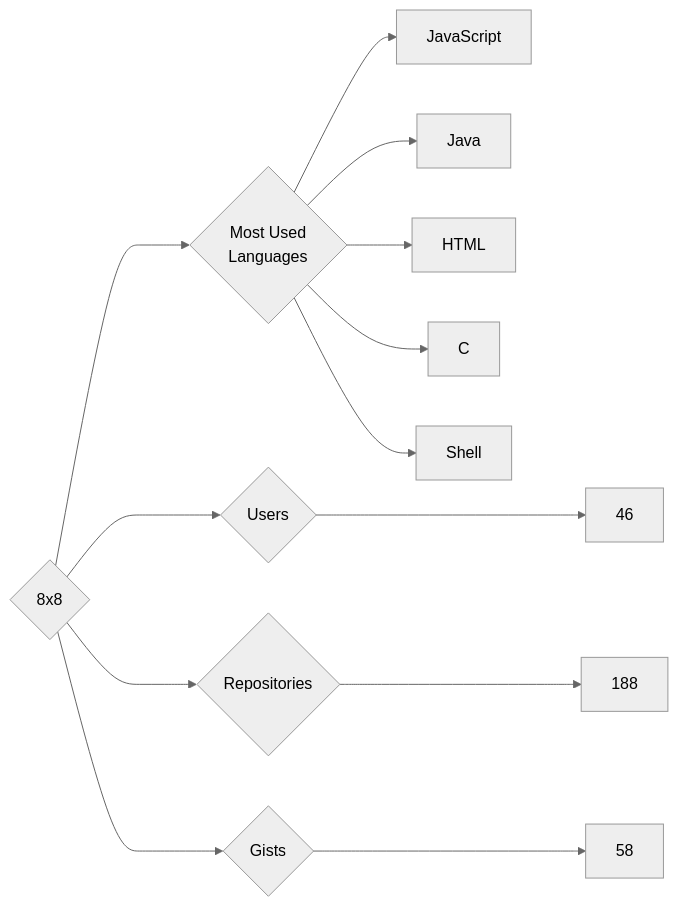
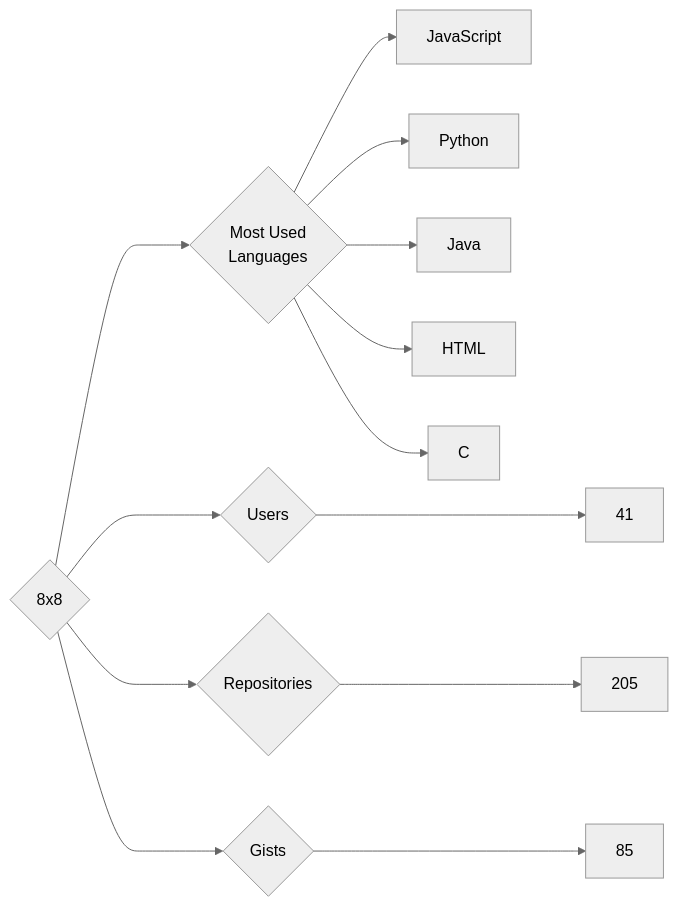
Before and after one commit to trickest/insiders: the diagram in targets/8x8/README.md, drawn with Mermaid (neutral theme). The commit also changed 932 other files, not shown here.

````diff
--- a/targets/8x8/README.md
+++ b/targets/8x8/README.md
@@ -3,13 +3,13 @@
 ```mermaid
 graph LR
 COMPANY_NAME{8x8}
-COMPANY_NAME ---> U{Users} ---> UN[46]
-COMPANY_NAME ---> R{Repositories} ---> RN[188]
-COMPANY_NAME ---> G{Gists} ---> GN[58]
+COMPANY_NAME ---> U{Users} ---> UN[41]
+COMPANY_NAME ---> R{Repositories} ---> RN[205]
+COMPANY_NAME ---> G{Gists} ---> GN[85]
 COMPANY_NAME ---> ML{Most Used<br>Languages}
 ML --> JavaScript[JavaScript]
+ML --> Python[Python]
 ML --> Java[Java]
 ML --> HTML[HTML]
 ML --> C[C]
-ML --> Shell[Shell]
 ```
````
